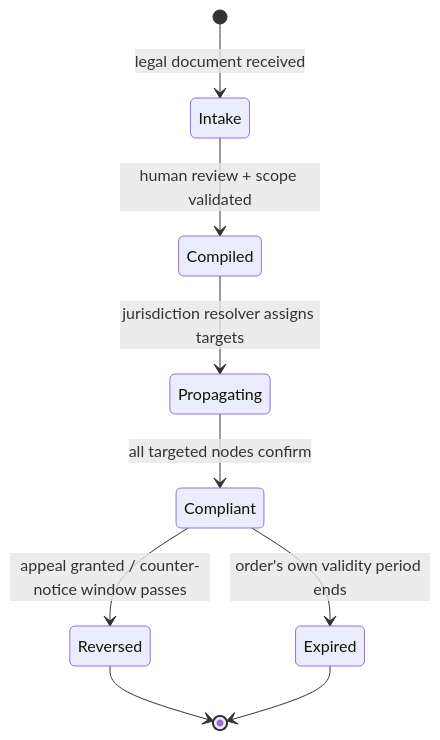
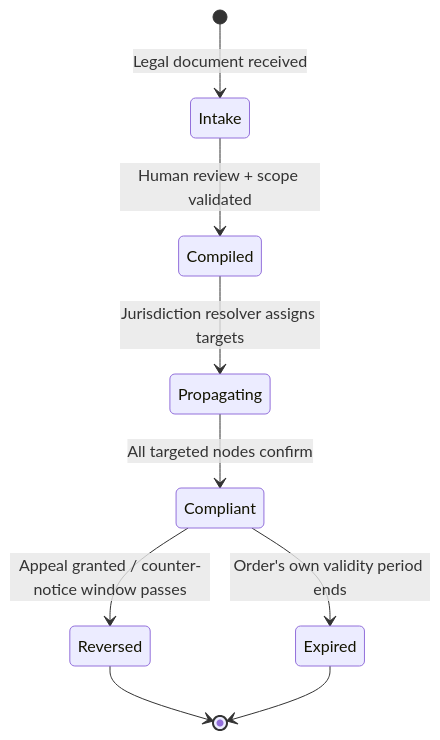
One commit to riyaz-pasha/Learnings changed the ninth of 13 diagrams in system-design/HLD/0-course/48-Legal-Takedown-Propagation-System-FAANG-Guide-story.md. Above: the diagram before and after it, drawn with Mermaid. The commit also changed other lines of this file and 1 other file, not shown here.

Commit message:
[REWRITE] Legal Takedown Propagation story guide: simplify prose, add structure, fix diagrams

````diff
--- a/system-design/HLD/0-course/48-Legal-Takedown-Propagation-System-FAANG-Guide-story.md
+++ b/system-design/HLD/0-course/48-Legal-Takedown-Propagation-System-FAANG-Guide-story.md
@@ -214,11 +432,11 @@
 ```mermaid
 stateDiagram-v2
-    [*] --> Intake: legal document received
-    Intake --> Compiled: human review + scope validated
-    Compiled --> Propagating: jurisdiction resolver assigns targets
-    Propagating --> Compliant: all targeted nodes confirm
-    Compliant --> Reversed: appeal granted / counter-notice window passes
-    Compliant --> Expired: order's own validity period ends
+    [*] --> Intake: Legal document received
+    Intake --> Compiled: Human review + scope validated
+    Compiled --> Propagating: Jurisdiction resolver assigns targets
+    Propagating --> Compliant: All targeted nodes confirm
+    Compliant --> Reversed: Appeal granted / counter-notice window passes
+    Compliant --> Expired: Order's own validity period ends
     Reversed --> [*]
     Expired --> [*]
 ```
````
